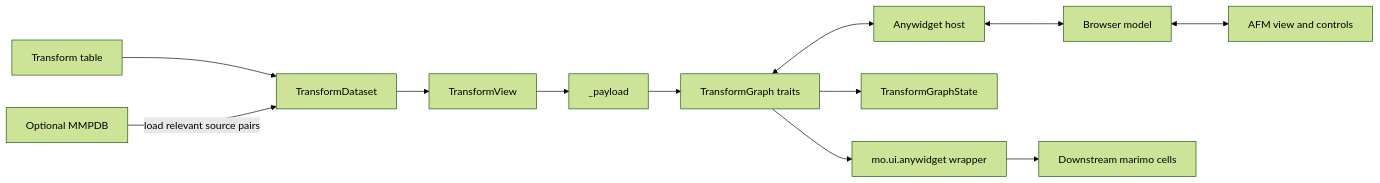
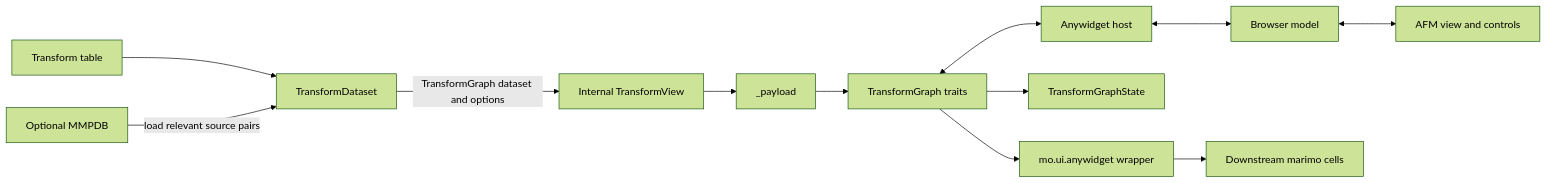
Before and after one commit to asiomchen/marimo_mmp: the first of 2 diagrams in WIDGET_ARCHITECTURE.md, drawn with Mermaid (forest theme). The commit also changed other lines of this file and 12 other files, not shown here.

````diff
--- a/WIDGET_ARCHITECTURE.md
+++ b/WIDGET_ARCHITECTURE.md
@@ -19,14 +19,14 @@
 ```mermaid
 flowchart LR
     T[Transform table] --> A[TransformDataset]
     DB[Optional MMPDB] -->|load relevant source pairs| A
-    A --> B[TransformView]
+    A -->|TransformGraph dataset and options| B[Internal TransformView]
     B --> C[_payload]
     C --> D[TransformGraph traits]
     D <--> H[Anywidget host]
     H <--> M[Browser model]
     M <--> V[AFM view and controls]
     D --> S[TransformGraphState]
     D --> U[mo.ui.anywidget wrapper]
     U --> N[Downstream marimo cells]
 ```
````
